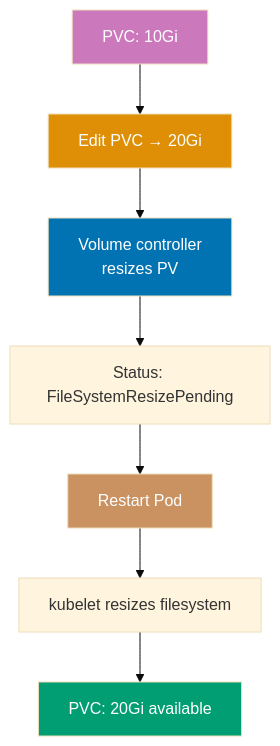
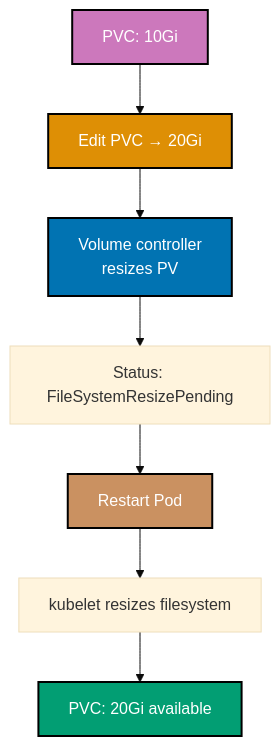
The eighth of 12 diagrams in apps/ayokoding-web/content/en/learn/software-engineering/infrastructure/tools/kubernetes/by-example/intermediate.md (wahidyankf/open-sharia-enterprise), drawn with Mermaid (base theme) before and after one commit. The commit also changed other lines of this file and 25 other files, not shown here.

````diff
--- a/apps/ayokoding-web/content/en/learn/software-engineering/infrastructure/tools/kubernetes/by-example/intermediate.md
+++ b/apps/ayokoding-web/content/en/learn/software-engineering/infrastructure/tools/kubernetes/by-example/intermediate.md
@@ -1751,16 +1758,17 @@
 ```mermaid
+%% Color Palette: Blue #0173B2, Orange #DE8F05, Teal #029E73, Purple #CC78BC, Brown #CA9161
 %% Volume expansion workflow
 graph TD
  A[PVC: 10Gi] --> B[Edit PVC → 20Gi]
  B --> C[Volume controller<br/>resizes PV]
  C --> D[Status: FileSystemResizePending]
  D --> E[Restart Pod]
  E --> F[kubelet resizes filesystem]
  F --> G[PVC: 20Gi available]
 
- style A fill:#CC78BC,color:#fff
- style B fill:#DE8F05,color:#fff
- style C fill:#0173B2,color:#fff
- style E fill:#CA9161,color:#fff
- style G fill:#029E73,color:#fff
+ style A fill:#CC78BC,stroke:#000000,stroke-width:2px,color:#fff
+ style B fill:#DE8F05,stroke:#000000,stroke-width:2px,color:#fff
+ style C fill:#0173B2,stroke:#000000,stroke-width:2px,color:#fff
+ style E fill:#CA9161,stroke:#000000,stroke-width:2px,color:#fff
+ style G fill:#029E73,stroke:#000000,stroke-width:2px,color:#fff
 ```
````
